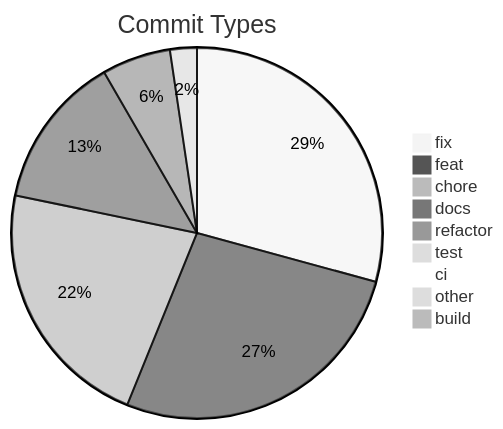
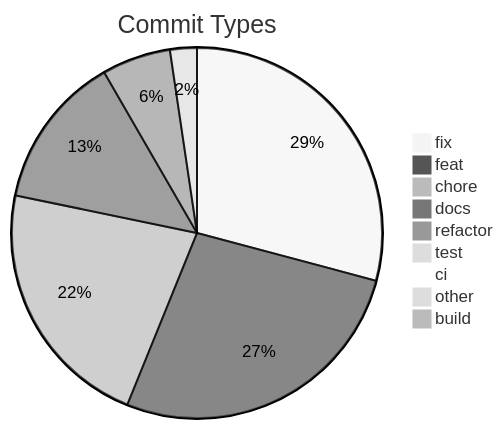
One commit to svenroth-ai/shipwright changed the diagram in .shipwright/compliance/change-history.md. Above: the diagram before and after it, drawn with Mermaid (neutral theme). The commit also changed other lines of this file and 38 other files, not shown here.

````diff
--- a/.shipwright/compliance/change-history.md
+++ b/.shipwright/compliance/change-history.md
@@ -8,12 +8,12 @@
 ```mermaid
 pie title Commit Types
-    "fix" : 312
-    "feat" : 287
+    "fix" : 311
+    "feat" : 288
     "chore" : 236
     "docs" : 143
     "refactor" : 64
     "test" : 25
     "ci" : 8
     "other" : 7
     "build" : 1
 ```
````
